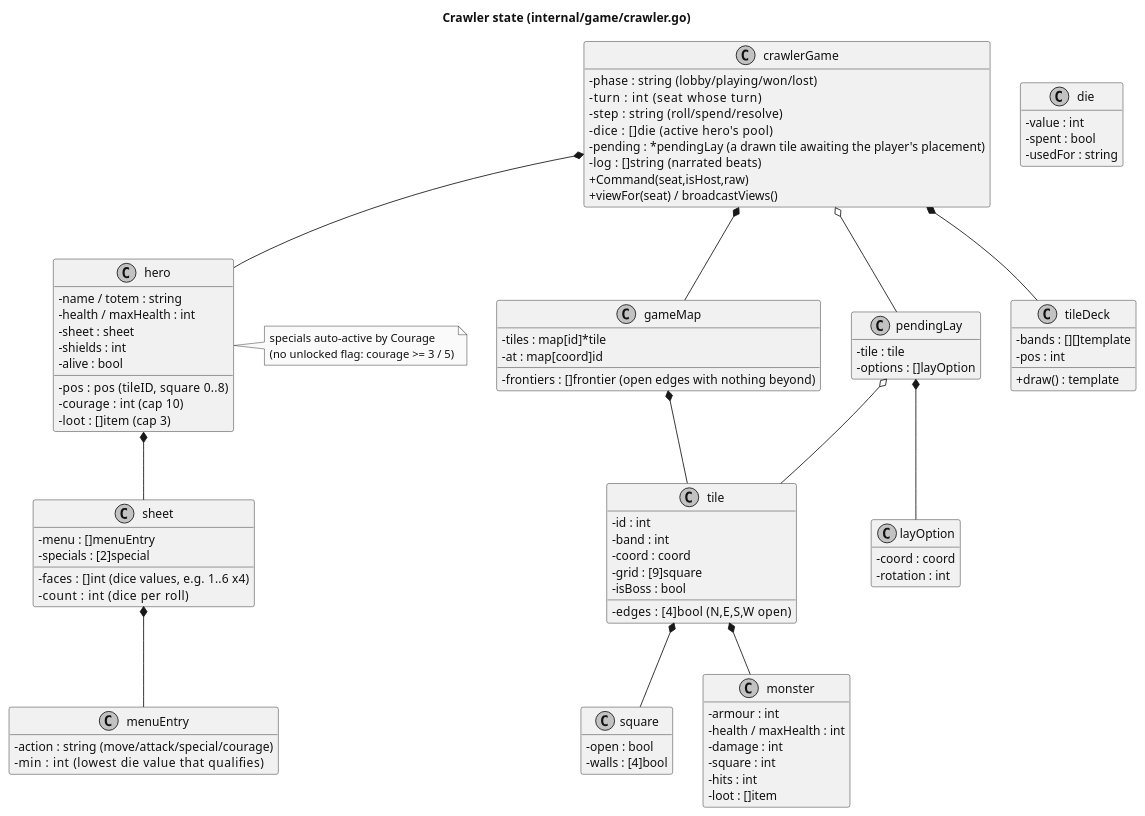
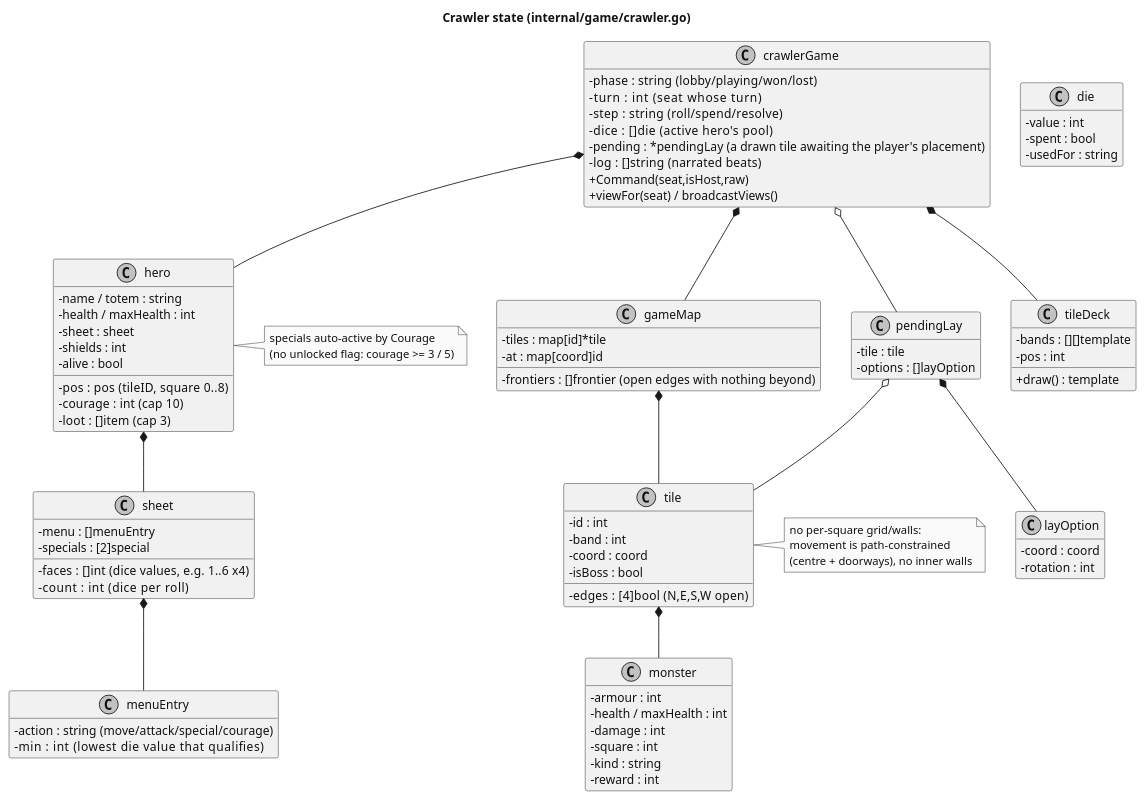
Before and after one commit to Niklasvdm/TotemAppIT: the second of 5 diagrams in docs/crawler-architecture.md, drawn with PlantUML. The commit also changed other lines of this file and 62 other files, not shown here.

```diff
--- a/docs/crawler-architecture.md
+++ b/docs/crawler-architecture.md
@@ -133,21 +133,17 @@
   -id : int
   -band : int
   -coord : coord
-  -grid : [9]square
   -edges : [4]bool   (N,E,S,W open)
   -isBoss : bool
 }
-class square {
-  -open : bool
-  -walls : [4]bool
-}
+note right of tile : no per-square grid/walls:\nmovement is path-constrained\n(centre + doorways), no inner walls
 class monster {
   -armour : int
   -health / maxHealth : int
   -damage : int
   -square : int
-  -hits : int
-  -loot : []item
+  -kind : string
+  -reward : int
 }
 class pendingLay {
   -tile : tile
@@ -169,7 +165,6 @@
 hero *-- sheet
 sheet *-- menuEntry
 gameMap *-- tile
-tile *-- square
 tile *-- monster
 crawlerGame o-- pendingLay
 pendingLay *-- layOption
```
